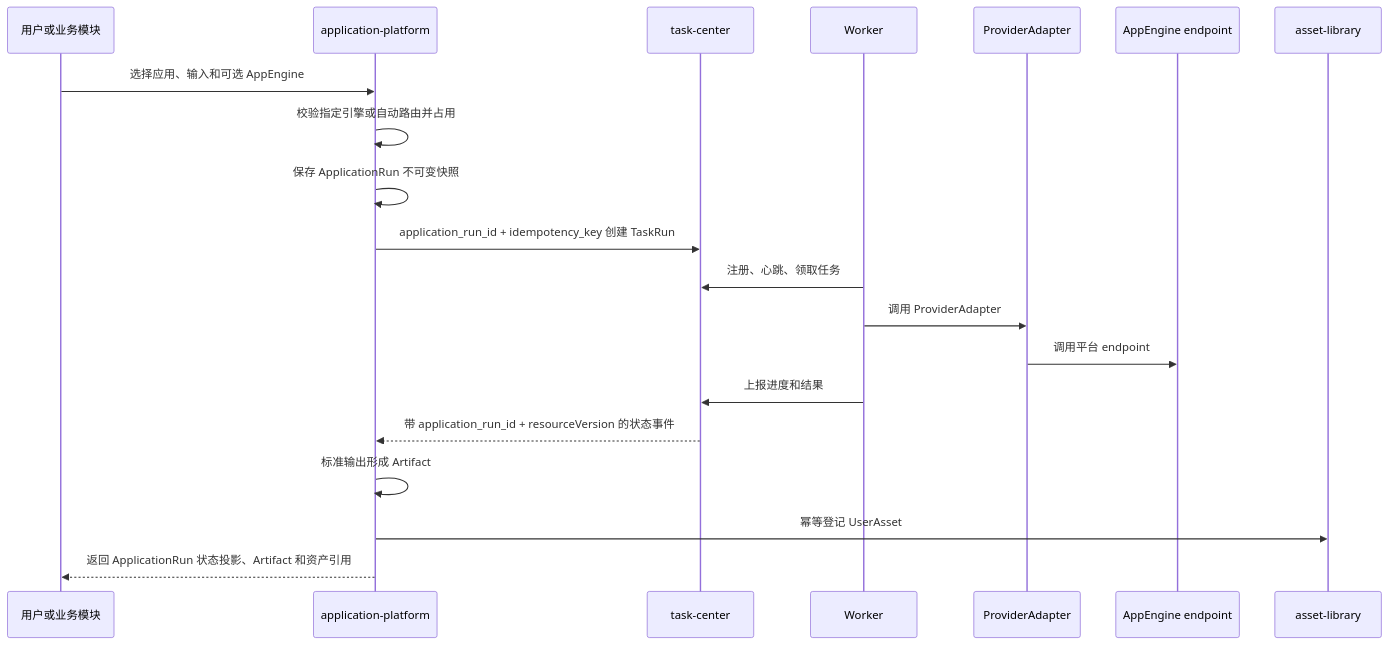
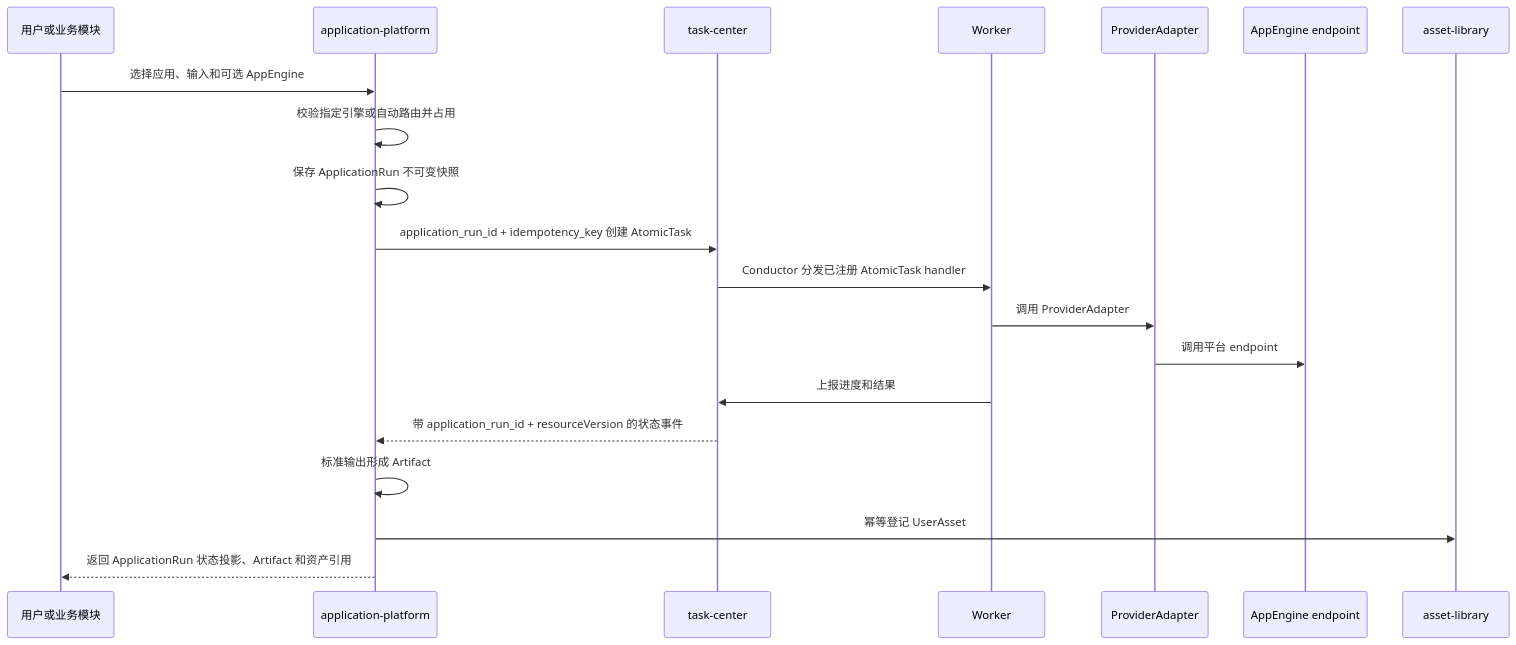
The third of 3 diagrams in 02_architecture/global-architecture.md (wangweihong/omnimam-spec), drawn with Mermaid before and after one commit. The commit also changed other lines of this file and 33 other files, not shown here.

Commit message:
spec: redesign task center around conductor

````diff
--- a/02_architecture/global-architecture.md
+++ b/02_architecture/global-architecture.md
@@ -78,23 +81,23 @@
 ```mermaid
 sequenceDiagram
   participant User as 用户或业务模块
   participant App as application-platform
   participant Task as task-center
   participant Worker as Worker
   participant Adapter as ProviderAdapter
   participant Engine as AppEngine endpoint
   participant Asset as asset-library
 
   User->>App: 选择应用、输入和可选 AppEngine
   App->>App: 校验指定引擎或自动路由并占用
   App->>App: 保存 ApplicationRun 不可变快照
-  App->>Task: application_run_id + idempotency_key 创建 TaskRun
-  Worker->>Task: 注册、心跳、领取任务
+  App->>Task: application_run_id + idempotency_key 创建 AtomicTask
+  Task->>Worker: Conductor 分发已注册 AtomicTask handler
   Worker->>Adapter: 调用 ProviderAdapter
   Adapter->>Engine: 调用平台 endpoint
   Worker->>Task: 上报进度和结果
   Task-->>App: 带 application_run_id + resourceVersion 的状态事件
   App->>App: 标准输出形成 Artifact
   App->>Asset: 幂等登记 UserAsset
   App-->>User: 返回 ApplicationRun 状态投影、Artifact 和资产引用
 ```
````
